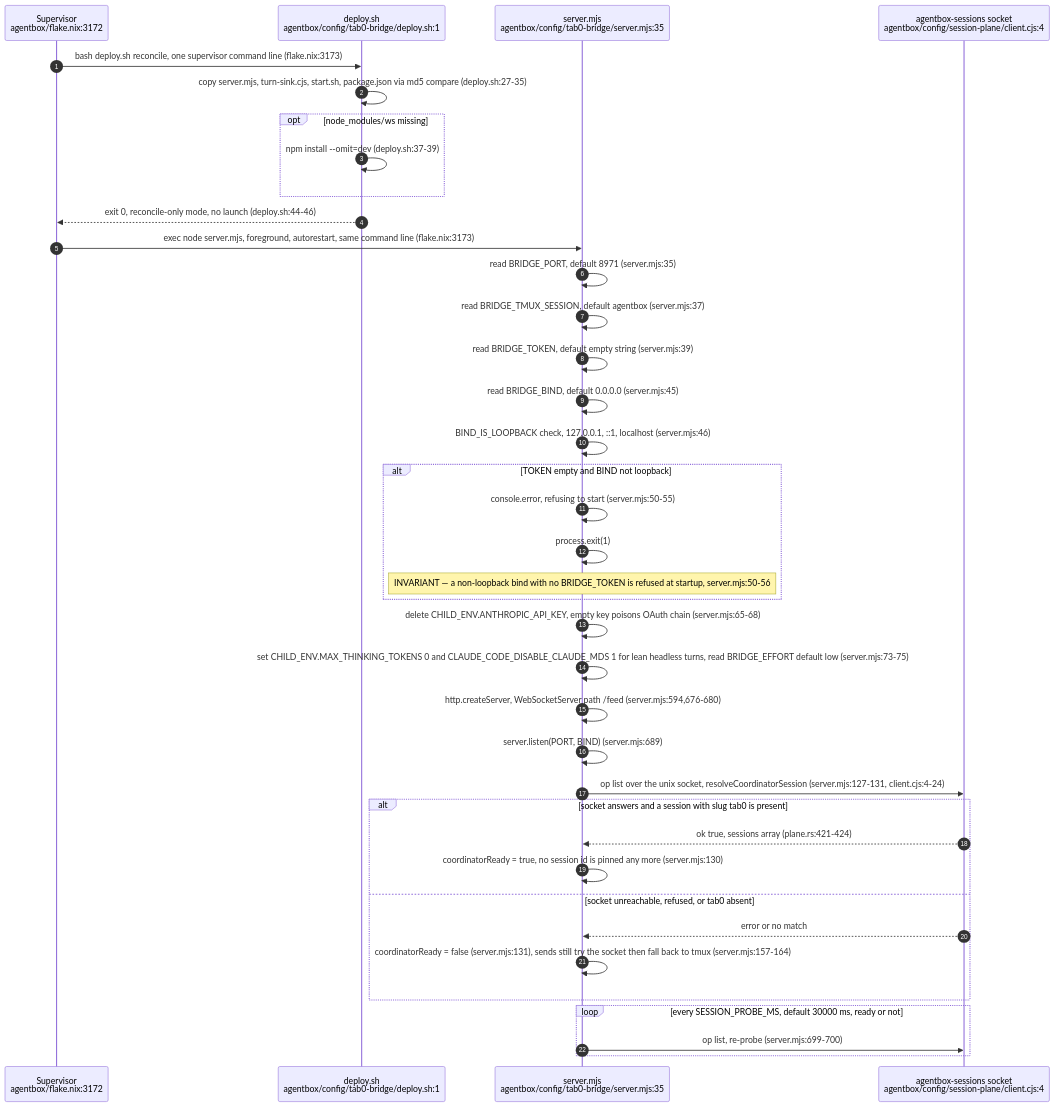
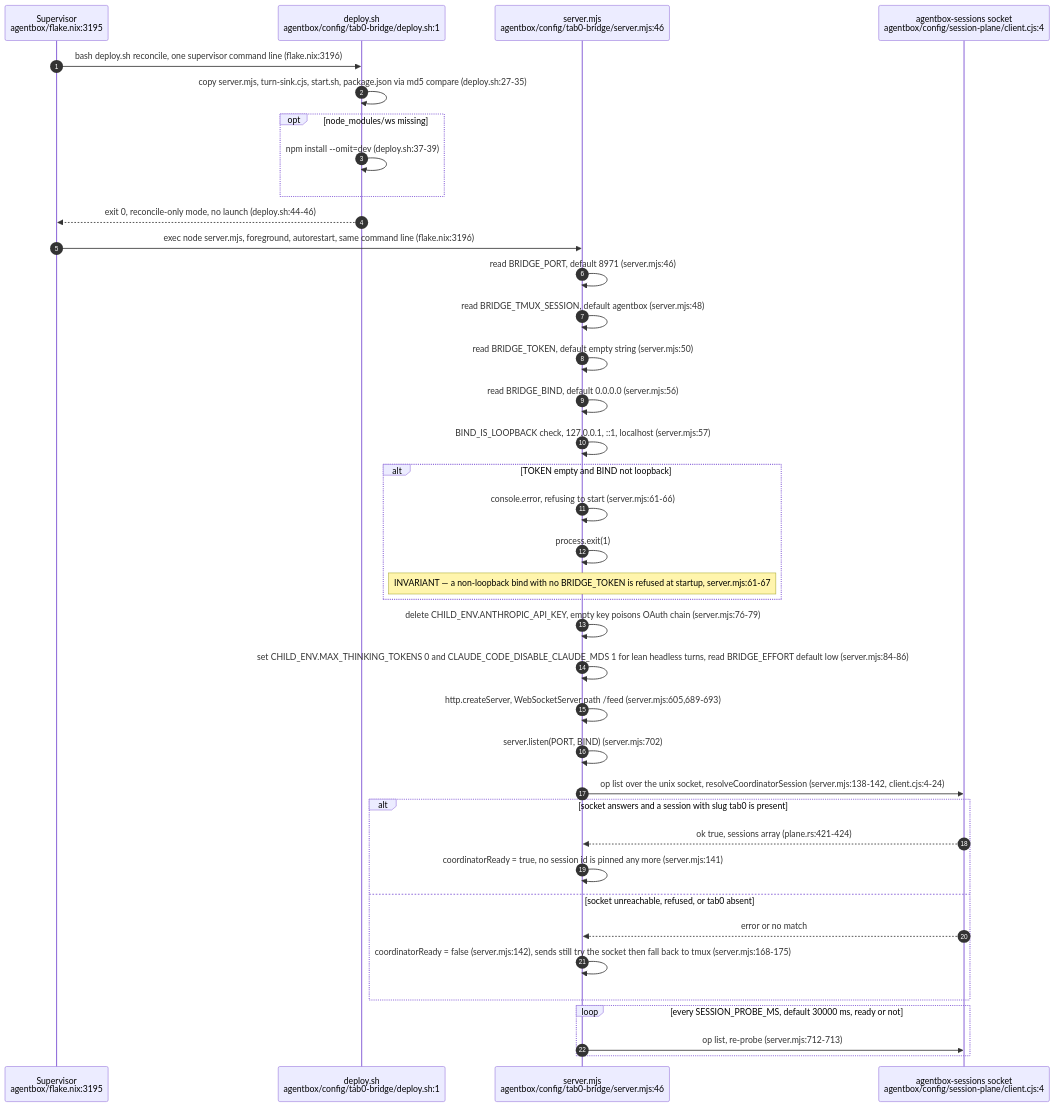
One commit to DreamLab-AI/VisionFlow changed the first of 12 diagrams in docs/diagrams/agentbox/12-tab0-bridge-and-interaction-plane.md. Above: the diagram before and after it, drawn with Mermaid. The commit also changed other lines of this file and 8 other files, not shown here.

First line of the commit message:
docs(diagrams): re-verify the NIP-98 proxy topics and the custody counts at agentbox 0693c761c (VF-DIAGRAM-NIP98-DRIFT)

````diff
--- a/docs/diagrams/agentbox/12-tab0-bridge-and-interaction-plane.md
+++ b/docs/diagrams/agentbox/12-tab0-bridge-and-interaction-plane.md
@@ -54,41 +54,41 @@
 ```mermaid
 sequenceDiagram
     autonumber
-    participant Sup as Supervisor<br/>agentbox/flake.nix:3172
+    participant Sup as Supervisor<br/>agentbox/flake.nix:3195
     participant Dep as deploy.sh<br/>agentbox/config/tab0-bridge/deploy.sh:1
-    participant Node as server.mjs<br/>agentbox/config/tab0-bridge/server.mjs:35
+    participant Node as server.mjs<br/>agentbox/config/tab0-bridge/server.mjs:46
     participant Sock as agentbox-sessions socket<br/>agentbox/config/session-plane/client.cjs:4
 
-    Sup->>Dep: bash deploy.sh reconcile, one supervisor command line (flake.nix:3173)
+    Sup->>Dep: bash deploy.sh reconcile, one supervisor command line (flake.nix:3196)
     Dep->>Dep: copy server.mjs, turn-sink.cjs, start.sh, package.json via md5 compare (deploy.sh:27-35)
     opt node_modules/ws missing
         Dep->>Dep: npm install --omit=dev (deploy.sh:37-39)
     end
     Dep-->>Sup: exit 0, reconcile-only mode, no launch (deploy.sh:44-46)
-    Sup->>Node: exec node server.mjs, foreground, autorestart, same command line (flake.nix:3173)
-    Node->>Node: read BRIDGE_PORT, default 8971 (server.mjs:35)
-    Node->>Node: read BRIDGE_TMUX_SESSION, default agentbox (server.mjs:37)
-    Node->>Node: read BRIDGE_TOKEN, default empty string (server.mjs:39)
-    Node->>Node: read BRIDGE_BIND, default 0.0.0.0 (server.mjs:45)
-    Node->>Node: BIND_IS_LOOPBACK check, 127.0.0.1, ::1, localhost (server.mjs:46)
+    Sup->>Node: exec node server.mjs, foreground, autorestart, same command line (flake.nix:3196)
+    Node->>Node: read BRIDGE_PORT, default 8971 (server.mjs:46)
+    Node->>Node: read BRIDGE_TMUX_SESSION, default agentbox (server.mjs:48)
+    Node->>Node: read BRIDGE_TOKEN, default empty string (server.mjs:50)
+    Node->>Node: read BRIDGE_BIND, default 0.0.0.0 (server.mjs:56)
+    Node->>Node: BIND_IS_LOOPBACK check, 127.0.0.1, ::1, localhost (server.mjs:57)
     alt TOKEN empty and BIND not loopback
-        Node->>Node: console.error, refusing to start (server.mjs:50-55)
+        Node->>Node: console.error, refusing to start (server.mjs:61-66)
         Node->>Node: process.exit(1)
-        Note over Node: INVARIANT — a non-loopback bind with no BRIDGE_TOKEN is refused at startup, server.mjs:50-56
+        Note over Node: INVARIANT — a non-loopback bind with no BRIDGE_TOKEN is refused at startup, server.mjs:61-67
     end
-    Node->>Node: delete CHILD_ENV.ANTHROPIC_API_KEY, empty key poisons OAuth chain (server.mjs:65-68)
-    Node->>Node: set CHILD_ENV.MAX_THINKING_TOKENS 0 and CLAUDE_CODE_DISABLE_CLAUDE_MDS 1 for lean headless turns, read BRIDGE_EFFORT default low (server.mjs:73-75)
-    Node->>Node: http.createServer, WebSocketServer path /feed (server.mjs:594,676-680)
-    Node->>Node: server.listen(PORT, BIND) (server.mjs:689)
-    Node->>Sock: op list over the unix socket, resolveCoordinatorSession (server.mjs:127-131, client.cjs:4-24)
+    Node->>Node: delete CHILD_ENV.ANTHROPIC_API_KEY, empty key poisons OAuth chain (server.mjs:76-79)
+    Node->>Node: set CHILD_ENV.MAX_THINKING_TOKENS 0 and CLAUDE_CODE_DISABLE_CLAUDE_MDS 1 for lean headless turns, read BRIDGE_EFFORT default low (server.mjs:84-86)
+    Node->>Node: http.createServer, WebSocketServer path /feed (server.mjs:605,689-693)
+    Node->>Node: server.listen(PORT, BIND) (server.mjs:702)
+    Node->>Sock: op list over the unix socket, resolveCoordinatorSession (server.mjs:138-142, client.cjs:4-24)
     alt socket answers and a session with slug tab0 is present
         Sock-->>Node: ok true, sessions array (plane.rs:421-424)
-        Node->>Node: coordinatorReady = true, no session id is pinned any more (server.mjs:130)
+        Node->>Node: coordinatorReady = true, no session id is pinned any more (server.mjs:141)
     else socket unreachable, refused, or tab0 absent
         Sock-->>Node: error or no match
-        Node->>Node: coordinatorReady = false (server.mjs:131), sends still try the socket then fall back to tmux (server.mjs:157-164)
+        Node->>Node: coordinatorReady = false (server.mjs:142), sends still try the socket then fall back to tmux (server.mjs:168-175)
     end
     loop every SESSION_PROBE_MS, default 30000 ms, ready or not
-        Node->>Sock: op list, re-probe (server.mjs:699-700)
+        Node->>Sock: op list, re-probe (server.mjs:712-713)
     end
 ```
````
